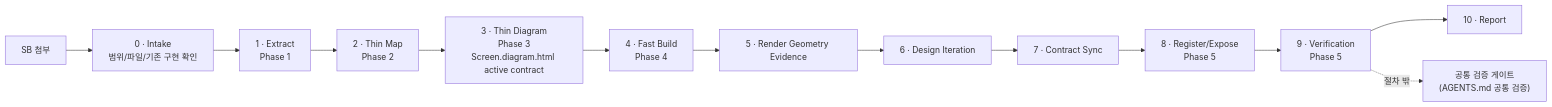
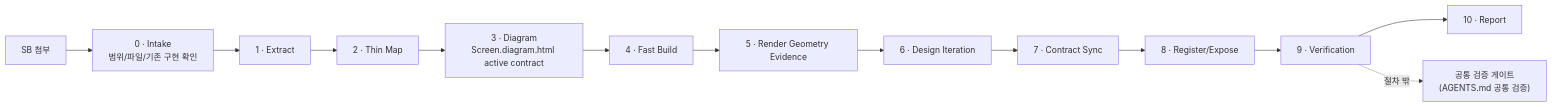
Before and after one commit to ewoooo/rnd-screen-to-screen: the diagram in SCREEN_GENERATION_FLOW.md, drawn with Mermaid. The commit also changed other lines of this file and 30 other files, not shown here.

Commit message:
chore: standardize html screen diagrams

````diff
--- a/SCREEN_GENERATION_FLOW.md
+++ b/SCREEN_GENERATION_FLOW.md
@@ -217,15 +206,15 @@
 ```mermaid
 flowchart LR
     A["SB 첨부"] --> S0["0 · Intake<br/>범위/파일/기존 구현 확인"]
-    S0 --> P1["1 · Extract<br/>Phase 1"]
-    P1 --> P2["2 · Thin Map<br/>Phase 2"]
-    P2 --> P3["3 · Thin Diagram<br/>Phase 3<br/>Screen.diagram.html active contract"]
-    P3 --> P4["4 · Fast Build<br/>Phase 4"]
+    S0 --> P1["1 · Extract"]
+    P1 --> P2["2 · Thin Map"]
+    P2 --> P3["3 · Diagram<br/>Screen.diagram.html active contract"]
+    P3 --> P4["4 · Fast Build"]
     P4 --> G1["5 · Render Geometry Evidence"]
     G1 --> I1["6 · Design Iteration"]
     I1 --> C1["7 · Contract Sync"]
-    C1 --> E1["8 · Register/Expose<br/>Phase 5"]
-    E1 --> P5["9 · Verification<br/>Phase 5"]
+    C1 --> E1["8 · Register/Expose"]
+    E1 --> P5["9 · Verification"]
     P5 --> R["10 · Report"]
     P5 -.->|절차 밖| G["공통 검증 게이트<br/>(AGENTS.md 공통 검증)"]
 ```
````
